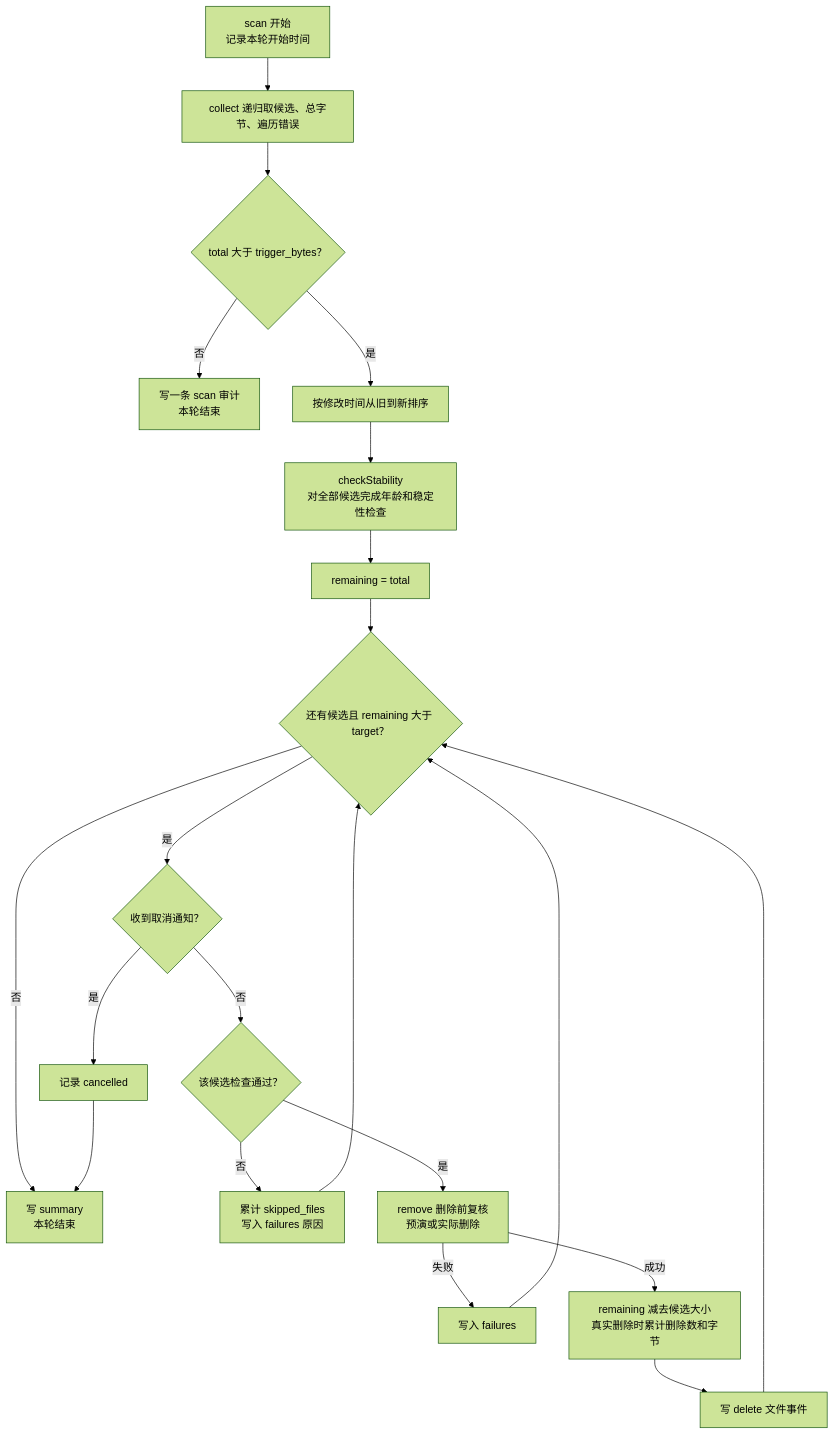
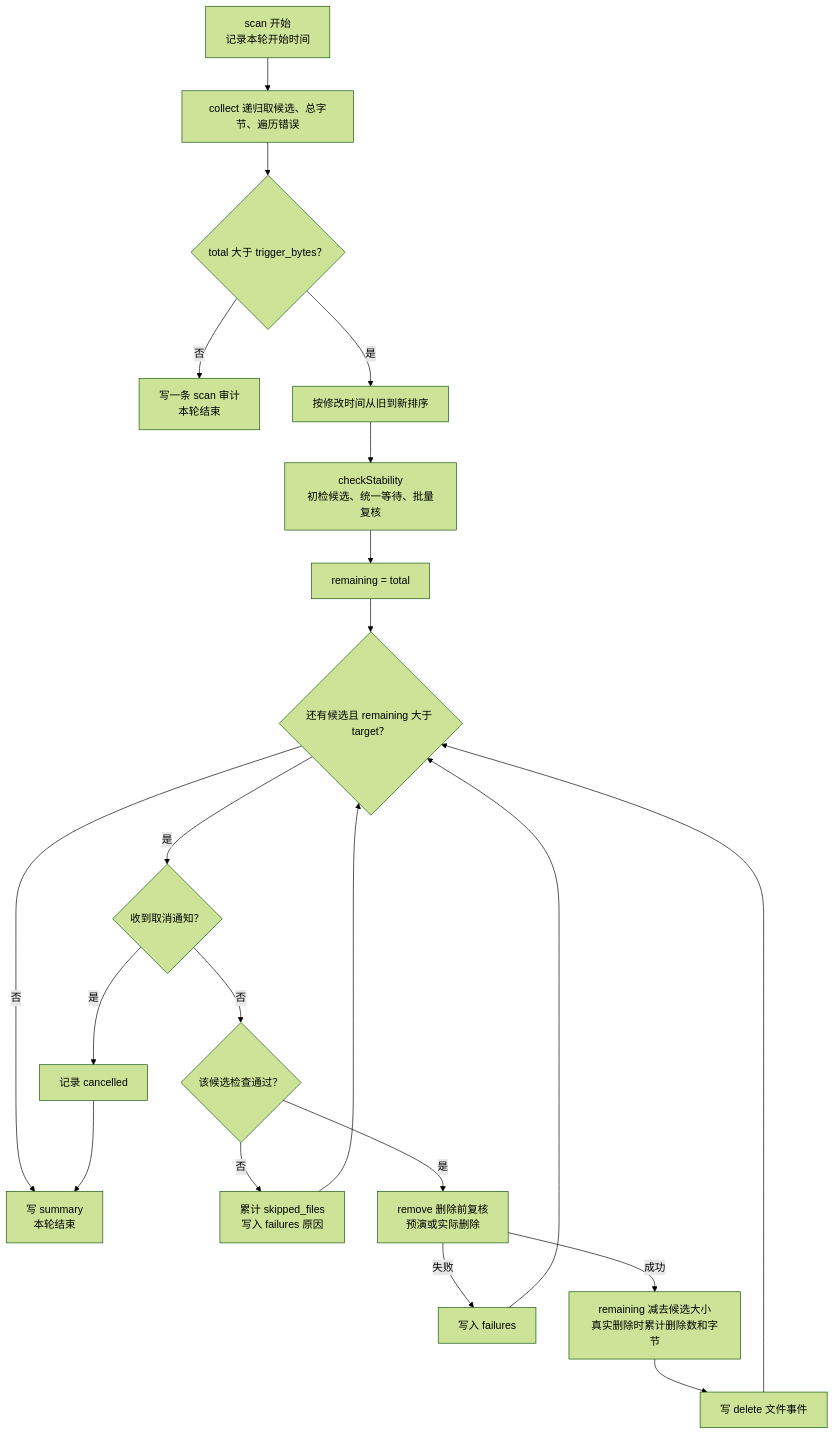
Before and after one commit to ISkywalkerI/directory-cleaner: the fourth of 8 diagrams in docs/program-explained.zh-CN.md, drawn with Mermaid (forest theme). The commit also changed other lines of this file and 14 other files, not shown here.

````diff
--- a/docs/program-explained.zh-CN.md
+++ b/docs/program-explained.zh-CN.md
@@ -222,23 +223,23 @@
 ```mermaid
 flowchart TD
     Start["scan 开始<br/>记录本轮开始时间"] --> Collect["collect 递归取候选、总字节、遍历错误"]
     Collect --> Trigger{"total 大于 trigger_bytes？"}
     Trigger -->|否| ScanLog["写一条 scan 审计<br/>本轮结束"]
     Trigger -->|是| Sort["按修改时间从旧到新排序"]
-    Sort --> Stable["checkStability<br/>对全部候选完成年龄和稳定性检查"]
+    Sort --> Stable["checkStability<br/>初检候选、统一等待、批量复核"]
     Stable --> Init["remaining = total"]
     Init --> Next{"还有候选且 remaining 大于 target？"}
     Next -->|否| Summary["写 summary<br/>本轮结束"]
     Next -->|是| Cancel{"收到取消通知？"}
     Cancel -->|是| Cancelled["记录 cancelled"]
     Cancelled --> Summary
     Cancel -->|否| Ready{"该候选检查通过？"}
     Ready -->|否| Skip["累计 skipped_files<br/>写入 failures 原因"]
     Skip --> Next
     Ready -->|是| Remove["remove 删除前复核<br/>预演或实际删除"]
     Remove -->|失败| Failure["写入 failures"]
     Failure --> Next
     Remove -->|成功| Subtract["remaining 减去候选大小<br/>真实删除时累计删除数和字节"]
     Subtract --> FileLog["写 delete 文件事件"]
     FileLog --> Next
 ```
````
